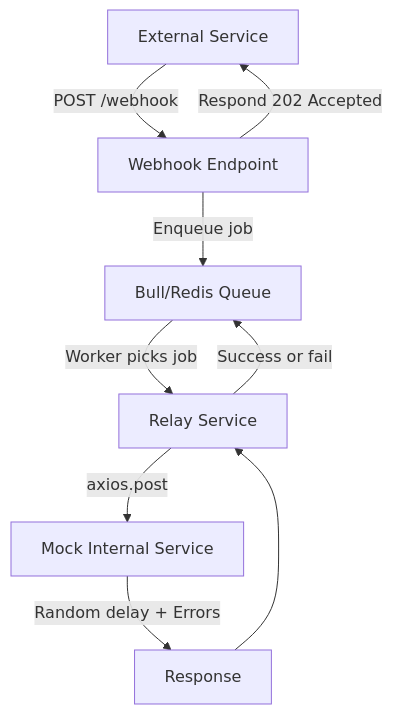
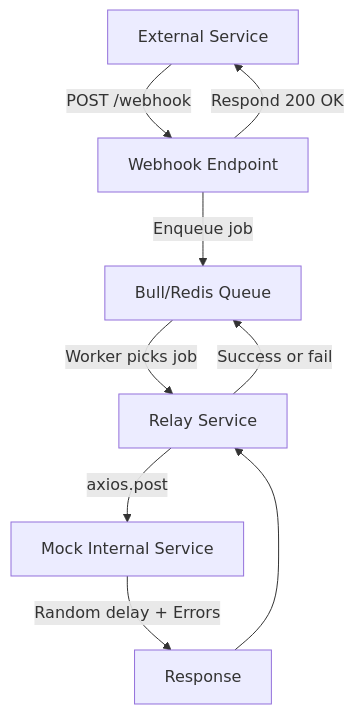
Before and after one commit to Galicz555/webhook-relay-service: the diagram in src/docs/flowchart.md, drawn with Mermaid. The commit also changed 8 other files, not shown here.

````diff
--- a/src/docs/flowchart.md
+++ b/src/docs/flowchart.md
@@ -1,13 +1,13 @@
 ```mermaid
 flowchart TD
     A[External Service] --> |POST /webhook| B[Webhook Endpoint]
     B --> |Enqueue job| Q[Bull/Redis Queue]
-    B --> |Respond 202 Accepted| A
+    B --> |Respond 200 OK| A
 
     %% Worker Flow
     Q --> |Worker picks job| C[Relay Service]
     C --> |axios.post| D[Mock Internal Service]
     D --> |Random delay + Errors| E[Response]
     E --> C
     C --> |Success or fail| Q
 ```
````
